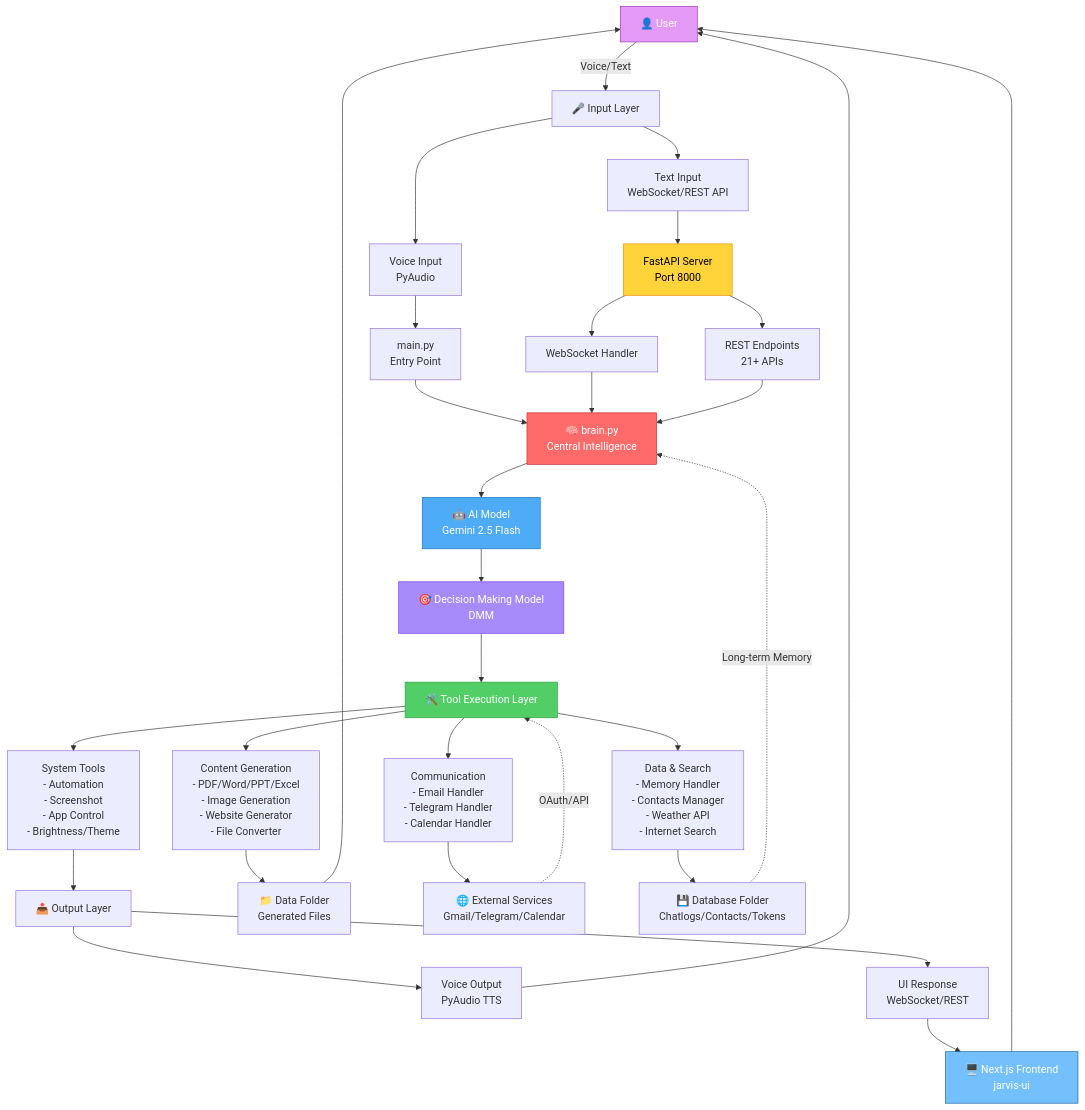
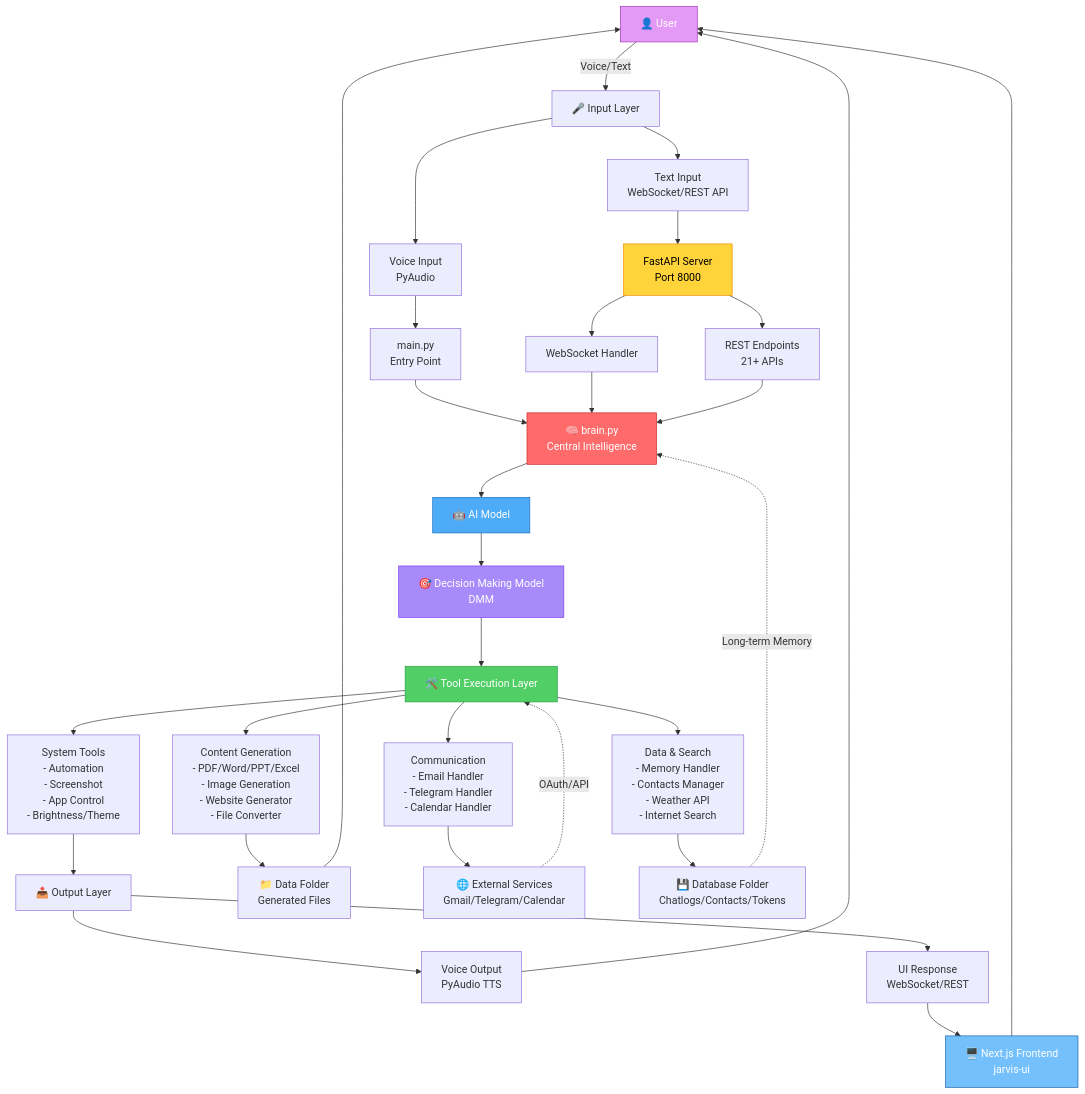
The first of 2 diagrams in ARCHITECTURE_OVERVIEW.md (syedmehfooz47/Friday2), drawn with Mermaid before and after one commit. The commit also changed other lines of this file and 1 other file, not shown here.

Commit message:
docs: Replace Gemini branding with generic AI Model terminology
- Removed all mentions of 'Gemini 2.5 Flash' from architecture docs
- Updated to generic 'AI Model' and 'Advanced Language Model' terminology
- Maintains professional documentation without vendor-specific branding

````diff
--- a/ARCHITECTURE_OVERVIEW.md
+++ b/ARCHITECTURE_OVERVIEW.md
@@ -5,51 +5,51 @@
 ```mermaid
 flowchart TB
     User[👤 User] -->|Voice/Text| Input[🎤 Input Layer]
     
     Input --> VoiceInput[Voice Input<br/>PyAudio]
     Input --> TextInput[Text Input<br/>WebSocket/REST API]
     
     VoiceInput --> MainPy[main.py<br/>Entry Point]
     TextInput --> FastAPI[FastAPI Server<br/>Port 8000]
     
     FastAPI --> WSHandler[WebSocket Handler]
     FastAPI --> RESTEndpoints[REST Endpoints<br/>21+ APIs]
     
     MainPy --> Brain[🧠 brain.py<br/>Central Intelligence]
     WSHandler --> Brain
     RESTEndpoints --> Brain
     
-    Brain --> AIModel[🤖 AI Model<br/>Gemini 2.5 Flash]
+    Brain --> AIModel[🤖 AI Model]
     AIModel --> DMM[🎯 Decision Making Model<br/>DMM]
     
     DMM --> Tools[🛠️ Tool Execution Layer]
     
     Tools --> SystemTools[System Tools<br/>- Automation<br/>- Screenshot<br/>- App Control<br/>- Brightness/Theme]
     Tools --> ContentTools[Content Generation<br/>- PDF/Word/PPT/Excel<br/>- Image Generation<br/>- Website Generator<br/>- File Converter]
     Tools --> CommTools[Communication<br/>- Email Handler<br/>- Telegram Handler<br/>- Calendar Handler]
     Tools --> DataTools[Data & Search<br/>- Memory Handler<br/>- Contacts Manager<br/>- Weather API<br/>- Internet Search]
     
     SystemTools --> Output[📤 Output Layer]
     ContentTools --> Files[📁 Data Folder<br/>Generated Files]
     CommTools --> External[🌐 External Services<br/>Gmail/Telegram/Calendar]
     DataTools --> Database[💾 Database Folder<br/>Chatlogs/Contacts/Tokens]
     
     Output --> VoiceOutput[Voice Output<br/>PyAudio TTS]
     Output --> UIResponse[UI Response<br/>WebSocket/REST]
     
     Files --> User
     VoiceOutput --> User
     UIResponse --> UI[🖥️ Next.js Frontend<br/>jarvis-ui]
     UI --> User
     
     Database -.->|Long-term Memory| Brain
     External -.->|OAuth/API| Tools
     
     style Brain fill:#ff6b6b,stroke:#c92a2a,color:#fff
     style AIModel fill:#4dabf7,stroke:#1971c2,color:#fff
     style DMM fill:#a78bfa,stroke:#7c3aed,color:#fff
     style Tools fill:#51cf66,stroke:#2f9e44,color:#fff
     style FastAPI fill:#ffd43b,stroke:#f08c00,color:#000
     style User fill:#e599f7,stroke:#9c36b5,color:#fff
     style UI fill:#74c0fc,stroke:#1864ab,color:#fff
 ```
````
